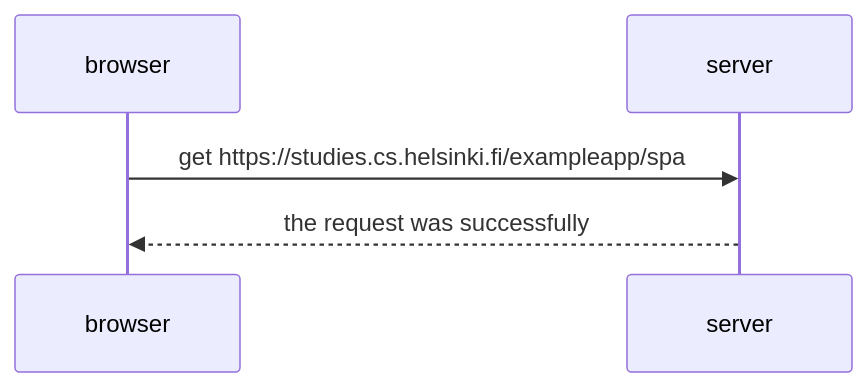
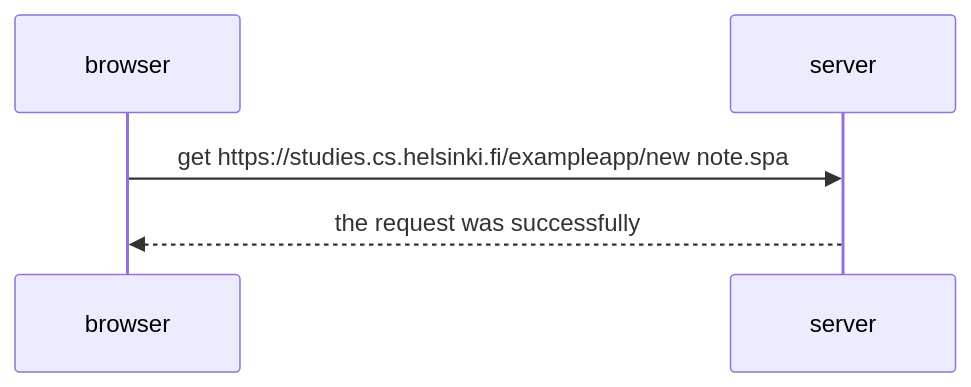
The diagram in New note0,6.mmd (iamalexov/fullstack0), drawn with Mermaid before and after one commit.

Commit message:
Update New note0,6.mmd

```diff
--- a/New note0,6.mmd
+++ b/New note0,6.mmd
@@ -1,7 +1,7 @@
 sequenceDiagram
     participant browser
     participant server
 
 
-    browser->>server:get https://studies.cs.helsinki.fi/exampleapp/spa
+    browser->>server:get https://studies.cs.helsinki.fi/exampleapp/new note.spa
     server-->>browser:the request was successfully
```
